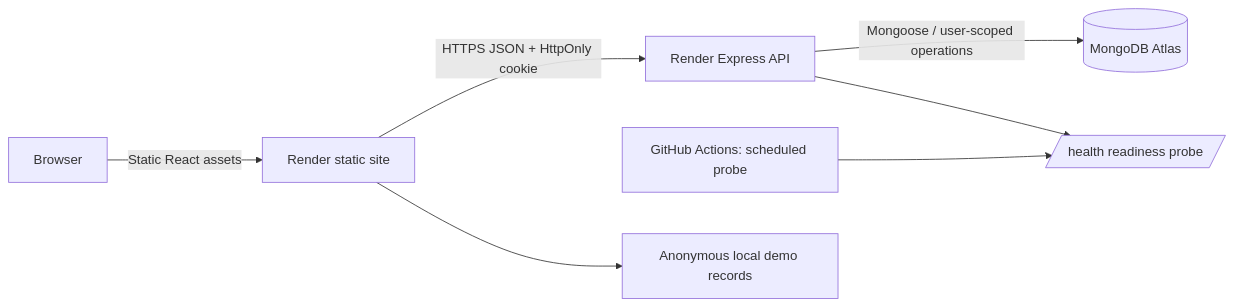
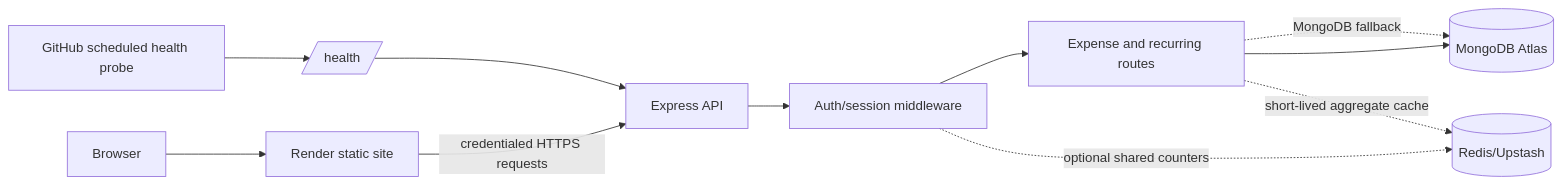
Before and after one commit to Only-Sameer/expense-tracker-mern: the first of 2 diagrams in docs/ARCHITECTURE.md, drawn with Mermaid. The commit also changed other lines of this file and 56 other files, not shown here.

````diff
--- a/docs/ARCHITECTURE.md
+++ b/docs/ARCHITECTURE.md
@@ -13,9 +14,13 @@
-```mermaid
+~~~mermaid
 flowchart LR
-  B[Browser] -->|Static React assets| W[Render static site]
-  W -->|HTTPS JSON + HttpOnly cookie| A[Render Express API]
-  A -->|Mongoose / user-scoped operations| M[(MongoDB Atlas)]
-  A --> H[/health readiness probe/]
-  GH[GitHub Actions: scheduled probe] --> H
-  W --> D[Anonymous local demo records]
-```
+  U[Browser] --> W[Render static site]
+  W -->|credentialed HTTPS requests| A[Express API]
+  A --> S[Auth/session middleware]
+  S --> E[Expense and recurring routes]
+  E --> M[(MongoDB Atlas)]
+  S -. optional shared counters .-> R[(Redis/Upstash)]
+  E -. short-lived aggregate cache .-> R
+  E -. MongoDB fallback .-> M
+  G[GitHub scheduled health probe] --> H[/health/]
+  H --> A
+~~~
````
